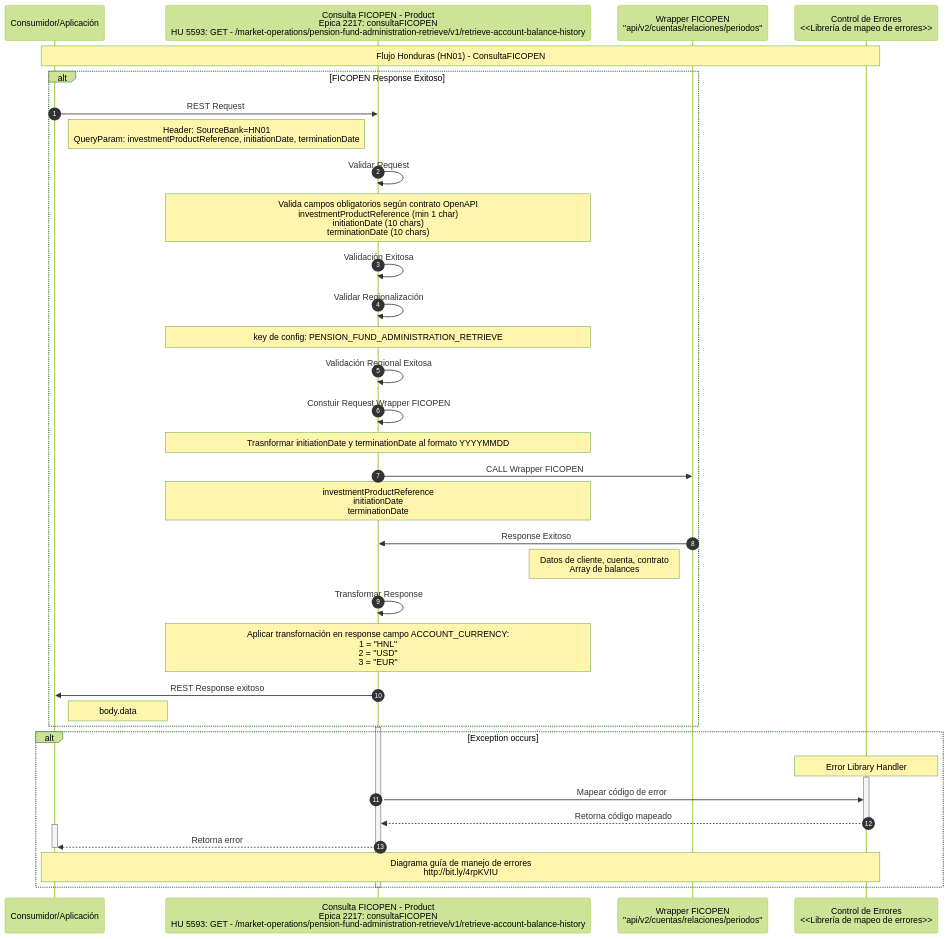
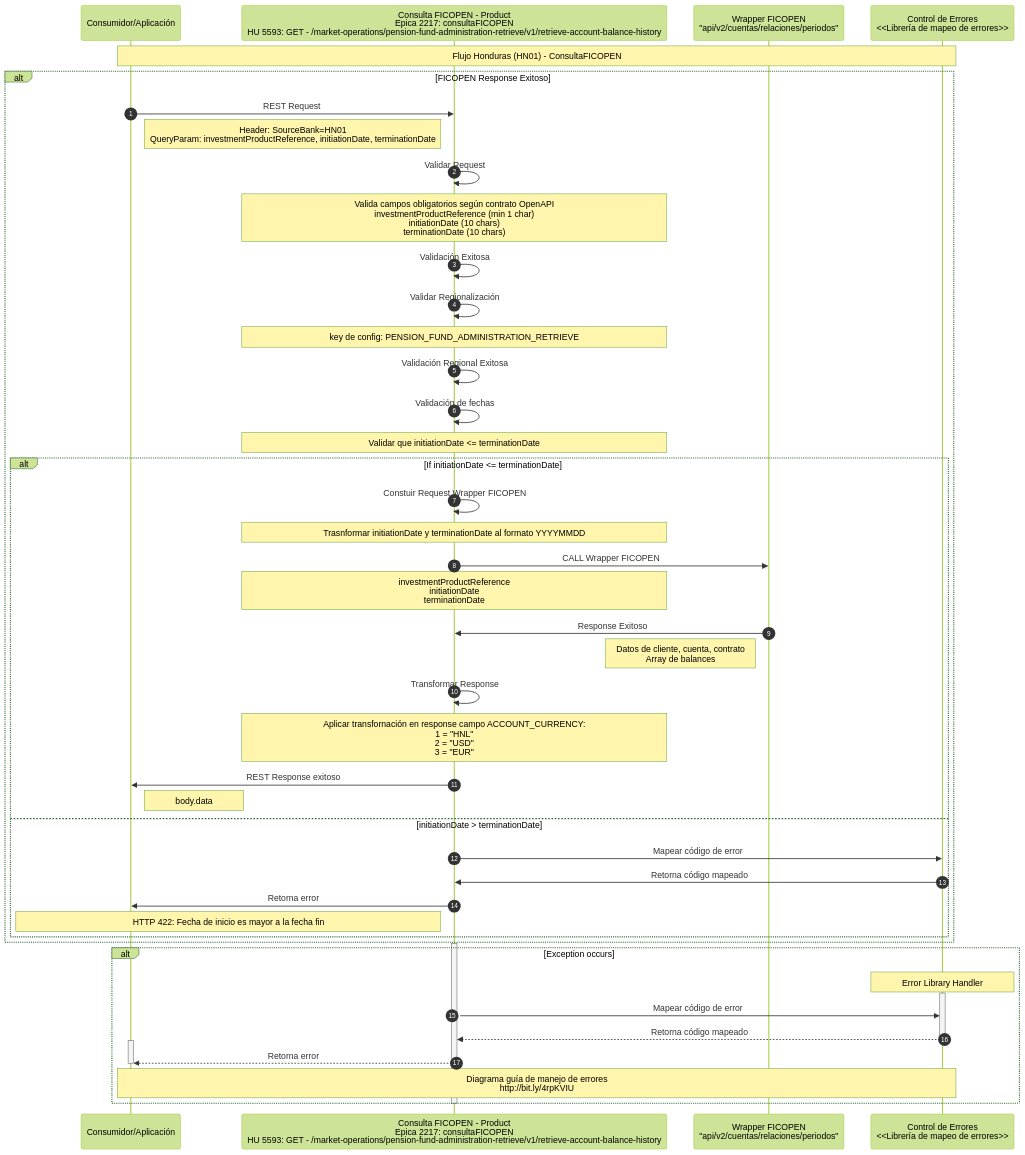
The diagram in ZMigrationFeature/ConsultaFICOPEN/TO-BE-04-Secuencia-HN01.mmd (jmolano10/ficohsa-capa-media), drawn with Mermaid (forest theme) before and after one commit. The commit also changed 12 other files, not shown here.

```diff
--- a/ZMigrationFeature/ConsultaFICOPEN/TO-BE-04-Secuencia-HN01.mmd
+++ b/ZMigrationFeature/ConsultaFICOPEN/TO-BE-04-Secuencia-HN01.mmd
@@ -1,52 +1,69 @@
 sequenceDiagram
     autonumber
     participant Consumidor as Consumidor/Aplicación
     participant API as Consulta FICOPEN - Product <br> Epica 2217: consultaFICOPEN <br> HU 5593:  GET - /market-operations/pension-fund-administration-retrieve/v1/retrieve-account-balance-history
     participant WFP as Wrapper FICOPEN <br> "api/v2/cuentas/relaciones/periodos"
     participant Errors as Control de Errores <br/> <<Librería de mapeo de errores>>
 
     Note over Consumidor, Errors: Flujo Honduras (HN01) - ConsultaFICOPEN
 
     alt FICOPEN Response Exitoso
         Consumidor->>API: REST Request
         Note right of Consumidor: Header: SourceBank=HN01 <br/> QueryParam: investmentProductReference, initiationDate, terminationDate
 
         API->>API: Validar Request
         Note over API: Valida campos obligatorios según contrato OpenAPI <br/>investmentProductReference (min 1 char) <br/> initiationDate (10 chars) <br/> terminationDate (10 chars)
 
         API->>API: Validación Exitosa
 
         API->>API: Validar Regionalización
         Note over API: key de config: PENSION_FUND_ADMINISTRATION_RETRIEVE
 
         API->>API: Validación Regional Exitosa
 
-        API->>API: Constuir Request Wrapper FICOPEN
-        Note over API: Trasnformar initiationDate y terminationDate al formato YYYYMMDD
+        API->>API: Validación de fechas
+        Note over API: Validar que initiationDate <= terminationDate 
 
-        API->>WFP: CALL Wrapper FICOPEN
-        Note over API: investmentProductReference <br> initiationDate <br> terminationDate
+        alt If initiationDate <= terminationDate  
 
-        WFP->>API: Response Exitoso
-        Note left of WFP: Datos de cliente, cuenta, contrato<br/>Array de balances
+            API->>API: Constuir Request Wrapper FICOPEN
+            Note over API: Trasnformar initiationDate y terminationDate al formato YYYYMMDD
 
-        API->>API: Transformar Response
-         Note over API: Aplicar transfornación en response campo ACCOUNT_CURRENCY: <br> 1 = "HNL"  <br> 2 = "USD" <br> 3 = "EUR" 
+            API->>WFP: CALL Wrapper FICOPEN
+            Note over API: investmentProductReference <br> initiationDate <br> terminationDate
 
-        API->>Consumidor: REST Response exitoso
-        Note right of Consumidor: body.data
+            WFP->>API: Response Exitoso
+            Note left of WFP: Datos de cliente, cuenta, contrato<br/>Array de balances
+
+            API->>API: Transformar Response
+            Note over API: Aplicar transfornación en response campo ACCOUNT_CURRENCY: <br> 1 = "HNL"  <br> 2 = "USD" <br> 3 = "EUR" 
+
+            API->>Consumidor: REST Response exitoso
+            Note right of Consumidor: body.data
+
+        else initiationDate > terminationDate 
+
+            API->> Errors: Mapear código de error
+
+            Errors ->> API: Retorna código mapeado
+
+            API->> Consumidor: Retorna error
+            Note left of API: HTTP 422: Fecha de inicio es mayor a la fecha fin
+
+        end
+        
     end
 
     activate API
     alt Exception occurs
         note over Errors: Error Library Handler
         activate Errors
             API->> Errors: Mapear código de error
             Errors -->> API: Retorna código mapeado
         deactivate Errors
         activate Consumidor
             API-->> Consumidor: Retorna error
         deactivate Consumidor
         Note over Consumidor,Errors: Diagrama guía de manejo de errores <br> http://bit.ly/4rpKVIU
     end
     deactivate API
```
